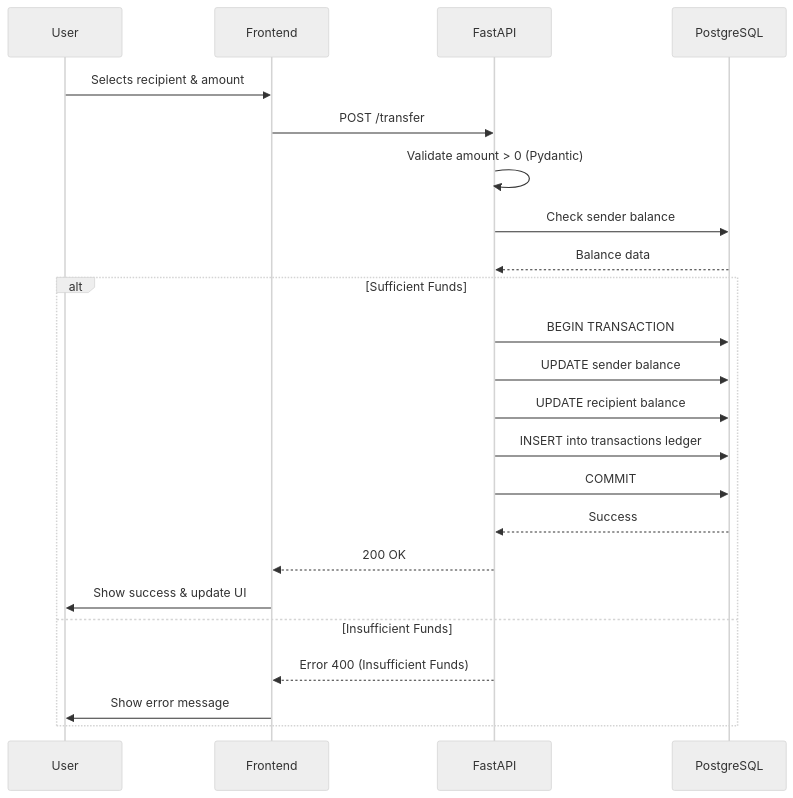
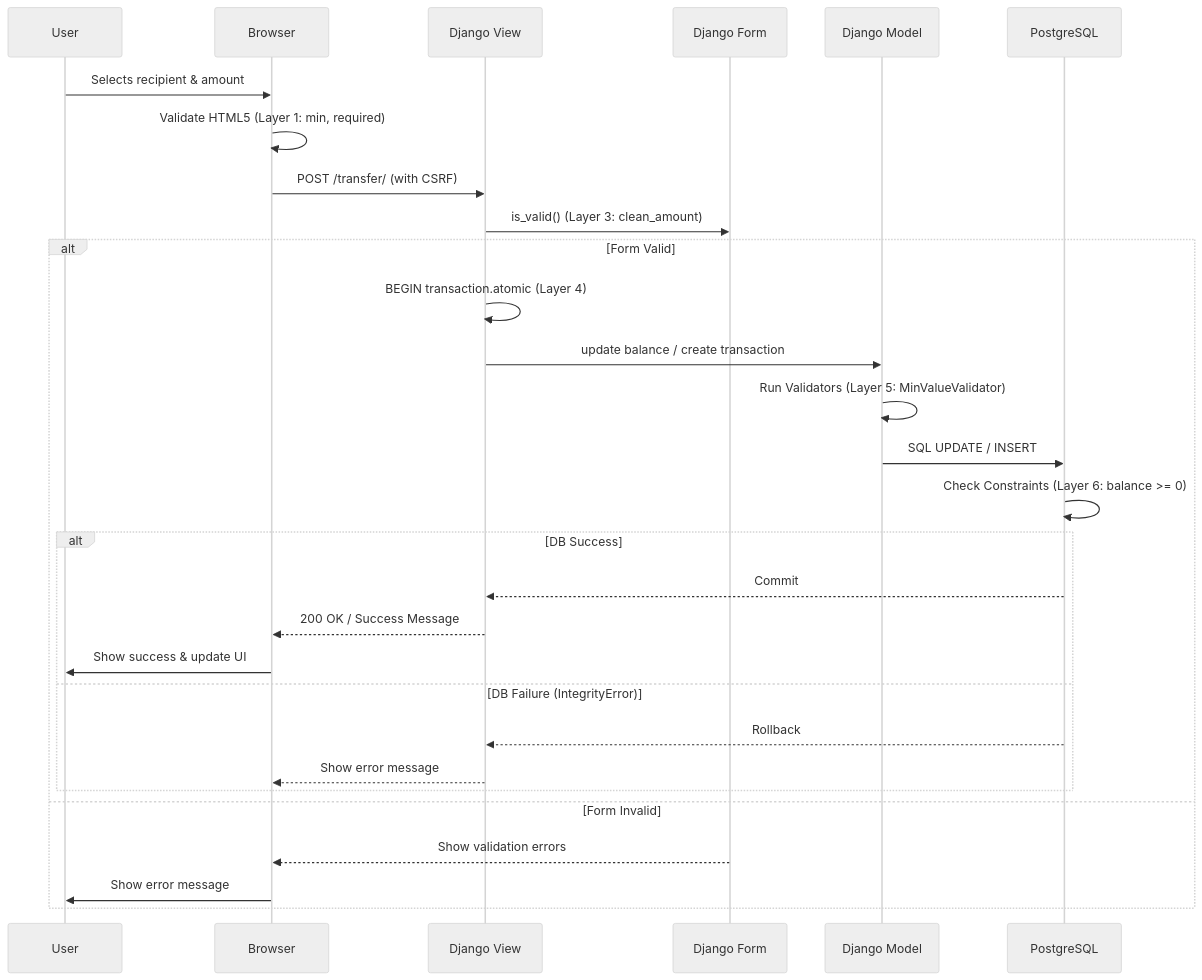
The second of 2 diagrams in docs/FLOWS.md (anibalrojosan/proggy-wallet), drawn with Mermaid (neutral theme) before and after one commit. The commit also changed other lines of this file and 30 other files, not shown here.

````diff
--- a/docs/FLOWS.md
+++ b/docs/FLOWS.md
@@ -30,26 +32,32 @@
 ```mermaid
 sequenceDiagram
     participant User
-    participant Frontend
-    participant API as FastAPI
+    participant Browser
+    participant View as Django View
+    participant Form as Django Form
+    participant Model as Django Model
     participant DB as PostgreSQL
 
-    User->>Frontend: Selects recipient & amount
-    Frontend->>API: POST /transfer
-    API->>API: Validate amount > 0 (Pydantic)
-    API->>DB: Check sender balance
-    DB-->>API: Balance data
-    alt Sufficient Funds
-        API->>DB: BEGIN TRANSACTION
-        API->>DB: UPDATE sender balance
-        API->>DB: UPDATE recipient balance
-        API->>DB: INSERT into transactions ledger
-        API->>DB: COMMIT
-        DB-->>API: Success
-        API-->>Frontend: 200 OK
-        Frontend->>User: Show success & update UI
-    else Insufficient Funds
-        API-->>Frontend: Error 400 (Insufficient Funds)
-        Frontend->>User: Show error message
+    User->>Browser: Selects recipient & amount
+    Browser->>Browser: Validate HTML5 (Layer 1: min, required)
+    Browser->>View: POST /transfer/ (with CSRF)
+    View->>Form: is_valid() (Layer 3: clean_amount)
+    alt Form Valid
+        View->>View: BEGIN transaction.atomic (Layer 4)
+        View->>Model: update balance / create transaction
+        Model->>Model: Run Validators (Layer 5: MinValueValidator)
+        Model->>DB: SQL UPDATE / INSERT
+        DB->>DB: Check Constraints (Layer 6: balance >= 0)
+        alt DB Success
+            DB-->>View: Commit
+            View-->>Browser: 200 OK / Success Message
+            Browser->>User: Show success & update UI
+        else DB Failure (IntegrityError)
+            DB-->>View: Rollback
+            View-->>Browser: Show error message
+        end
+    else Form Invalid
+        Form-->>Browser: Show validation errors
+        Browser->>User: Show error message
     end
 ```
````
